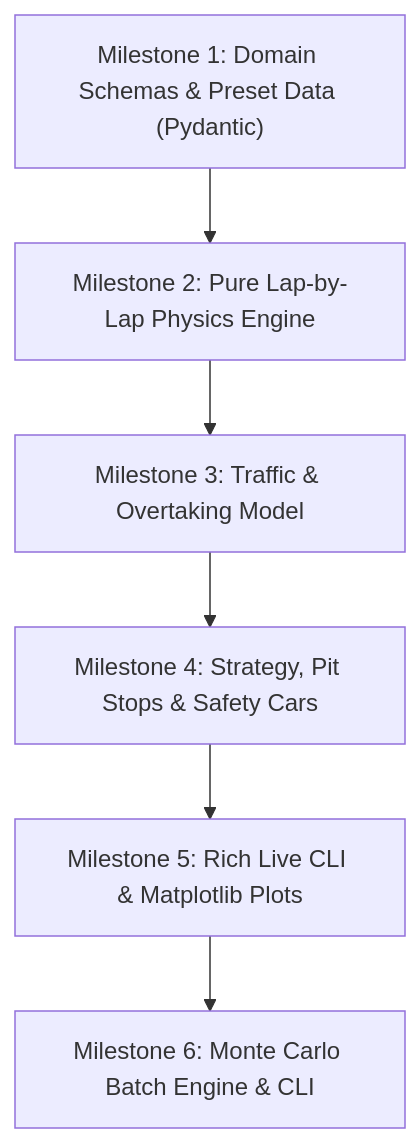
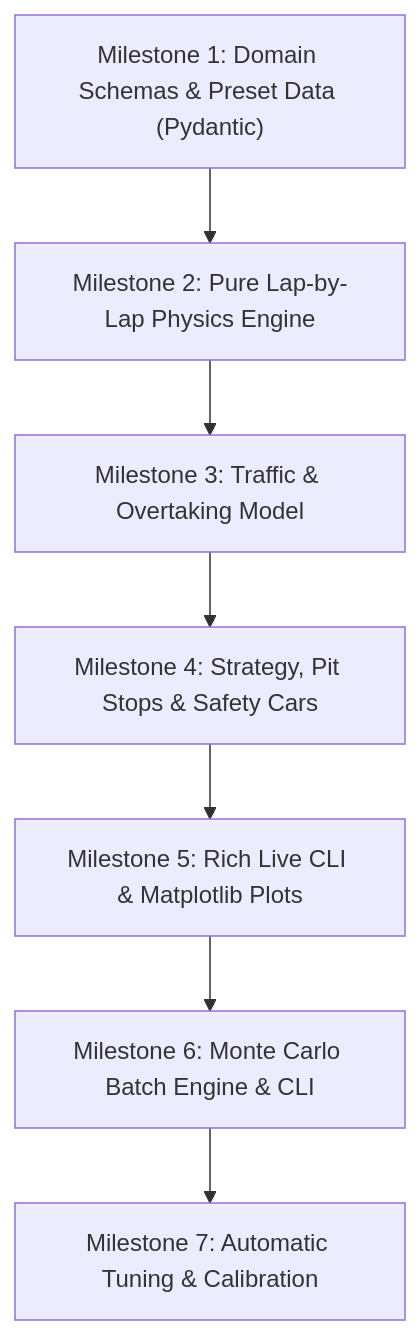
The diagram in doc/requirements.md (edward-reehorst/F1-Sim), drawn with Mermaid before and after one commit. The commit also changed other lines of this file and 1 other file, not shown here.

Commit message:
add AI use disclaimer to README, add auto-calibration feature to requirements (plan for M7)

````diff
--- a/doc/requirements.md
+++ b/doc/requirements.md
@@ -165,8 +283,9 @@
 ```mermaid
 flowchart TD
     M1["Milestone 1: Domain Schemas & Preset Data (Pydantic)"] --> M2["Milestone 2: Pure Lap-by-Lap Physics Engine"]
     M2 --> M3["Milestone 3: Traffic & Overtaking Model"]
     M3 --> M4["Milestone 4: Strategy, Pit Stops & Safety Cars"]
     M4 --> M5["Milestone 5: Rich Live CLI & Matplotlib Plots"]
     M5 --> M6["Milestone 6: Monte Carlo Batch Engine & CLI"]
+    M6 --> M7["Milestone 7: Automatic Tuning & Calibration"]
 ```
````
